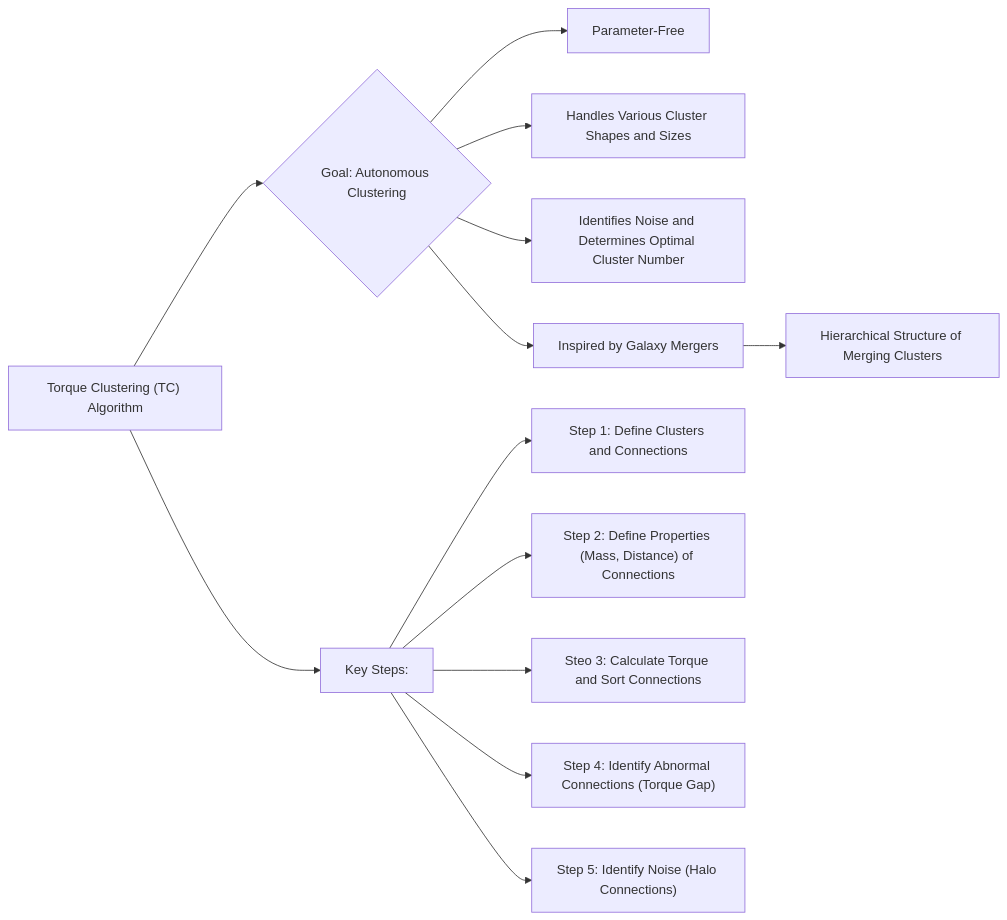
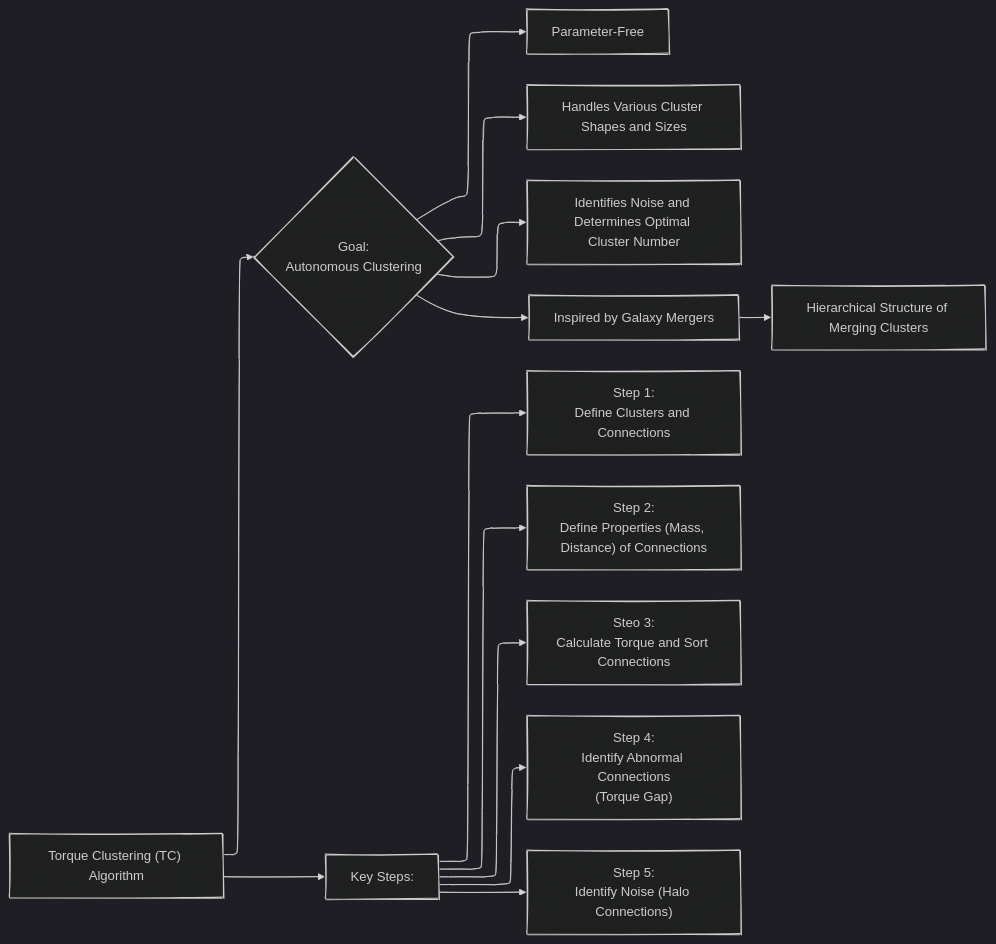
One commit to CongLeSolutionX/AlgoVerse changed the first of 9 diagrams in IEEE/Torque_Clustering /Torque_Clustering_Mermaid_Diagrams_Draft_2.md. Above: the diagram before and after it, drawn with Mermaid. The commit also changed other lines of this file, not shown here.

````diff
--- a/IEEE/Torque_Clustering /Torque_Clustering_Mermaid_Diagrams_Draft_2.md
+++ b/IEEE/Torque_Clustering /Torque_Clustering_Mermaid_Diagrams_Draft_2.md
@@ -24,16 +23,22 @@
 ```mermaid
+---
+config:
+  layout: elk
+  look: handDrawn
+  theme: dark
+---
 graph LR
-    A["Torque Clustering (TC) Algorithm"] --> B{"Goal: Autonomous Clustering"};
+    A["Torque Clustering (TC) Algorithm"] --> B{"Goal:<br>Autonomous Clustering"};
     B --> C["Parameter-Free"];
     B --> D["Handles Various Cluster Shapes and Sizes"];
     B --> E["Identifies Noise and Determines Optimal Cluster Number"];
     B --> F["Inspired by Galaxy Mergers"];
     F --> G["Hierarchical Structure of Merging Clusters"];
     A --> H["Key Steps:"];
-    H --> I["Step 1: Define Clusters and Connections"];
-    H --> J["Step 2: Define Properties (Mass, Distance) of Connections"];
-    H --> K["Steo 3: Calculate Torque and Sort Connections"];
-    H --> L["Step 4: Identify Abnormal Connections (Torque Gap)"];
-    H --> M["Step 5: Identify Noise (Halo Connections)"];
+    H --> I["Step 1:<br>Define Clusters and Connections"];
+    H --> J["Step 2:<br>Define Properties (Mass, Distance) of Connections"];
+    H --> K["Steo 3:<br>Calculate Torque and Sort Connections"];
+    H --> L["Step 4:<br>Identify Abnormal Connections<br>(Torque Gap)"];
+    H --> M["Step 5:<br>Identify Noise (Halo Connections)"];
     
 ```
````
